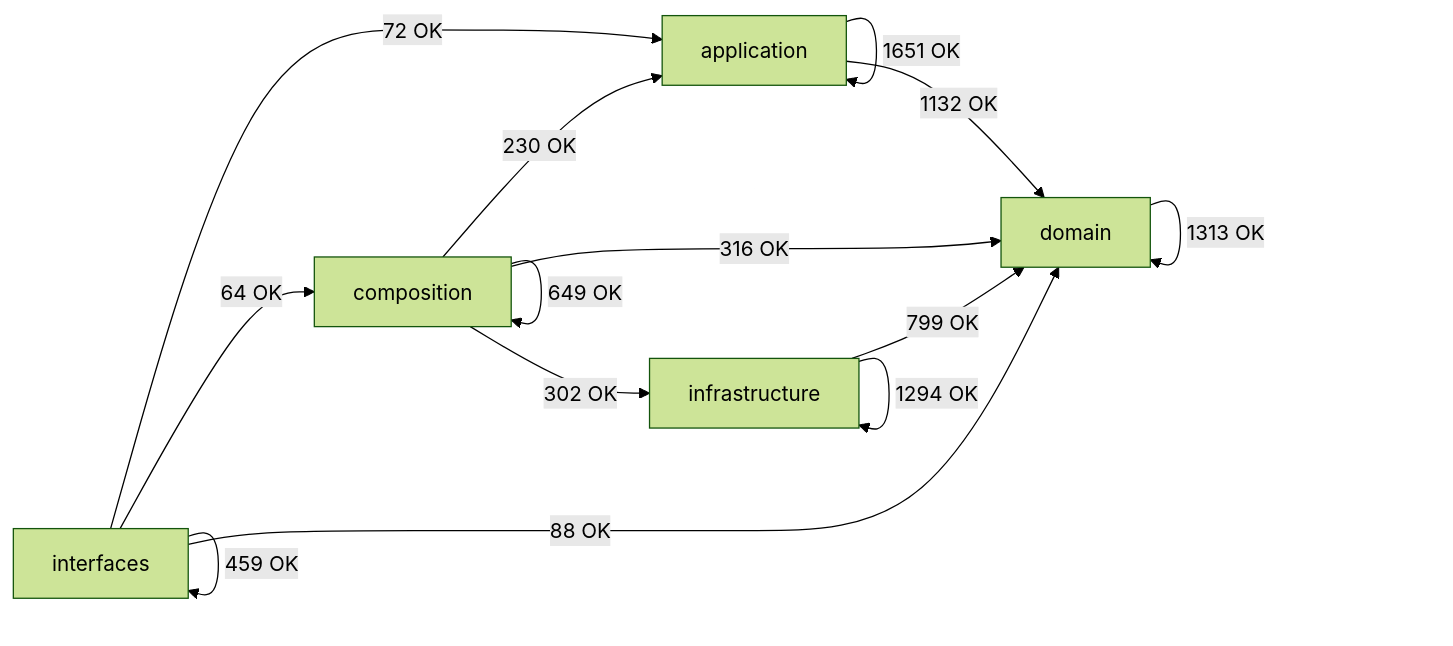
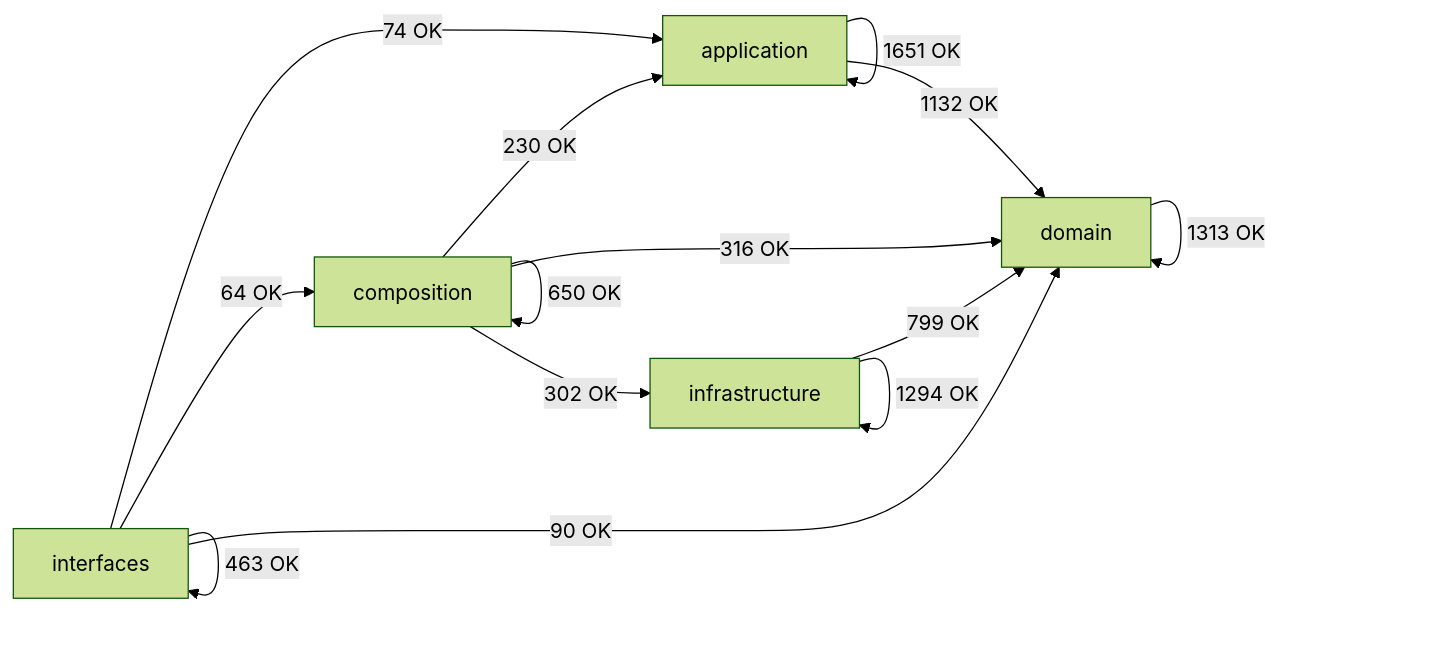
The diagram in docs/02-architecture/generated/module-dependency-map.md (SatoryKono/BioactivityDataAcquisition), drawn with Mermaid (forest theme) before and after one commit. The commit also changed other lines of this file and 10 other files, not shown here.

First line of the commit message:
fix(ops-http): clear Class lane architecture guards

````diff
--- a/docs/02-architecture/generated/module-dependency-map.md
+++ b/docs/02-architecture/generated/module-dependency-map.md
@@ -17,21 +17,21 @@
 ```mermaid
 flowchart LR
     domain[domain]
     application[application]
     infrastructure[infrastructure]
     composition[composition]
     interfaces[interfaces]
     application -->|1651 OK| application
     application -->|1132 OK| domain
     composition -->|230 OK| application
-    composition -->|649 OK| composition
+    composition -->|650 OK| composition
     composition -->|316 OK| domain
     composition -->|302 OK| infrastructure
     domain -->|1313 OK| domain
     infrastructure -->|799 OK| domain
     infrastructure -->|1294 OK| infrastructure
-    interfaces -->|72 OK| application
+    interfaces -->|74 OK| application
     interfaces -->|64 OK| composition
-    interfaces -->|88 OK| domain
-    interfaces -->|459 OK| interfaces
+    interfaces -->|90 OK| domain
+    interfaces -->|463 OK| interfaces
 ```
````
